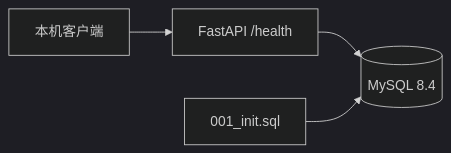
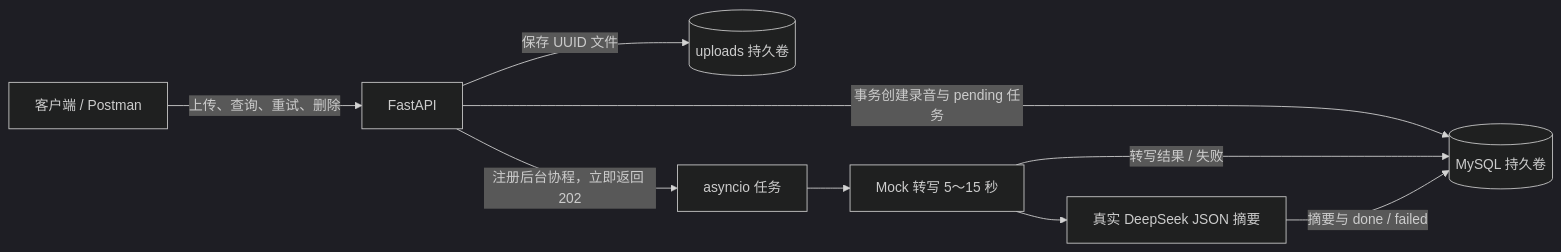
One commit to w507603361/Speech-to-Text-API changed the diagram in README.md. Above: the diagram before and after it, drawn with Mermaid (dark theme). The commit also changed other lines of this file and 5 other files, not shown here.

````diff
--- a/README.md
+++ b/README.md
@@ -38,6 +40,11 @@
 ```mermaid
 flowchart LR
-    Client[本机客户端] --> API[FastAPI /health]
-    API --> DB[(MySQL 8.4)]
-    SQL[001_init.sql] --> DB
+    Client[客户端 / Postman] -->|上传、查询、重试、删除| API[FastAPI]
+    API -->|保存 UUID 文件| Disk[(uploads 持久卷)]
+    API -->|事务创建录音与 pending 任务| DB[(MySQL 持久卷)]
+    API -->|注册后台协程，立即返回 202| Worker[asyncio 任务]
+    Worker --> Mock[Mock 转写 5～15 秒]
+    Mock --> LLM[真实 DeepSeek JSON 摘要]
+    Mock -->|转写结果 / 失败| DB
+    LLM -->|摘要与 done / failed| DB
 ```
````
